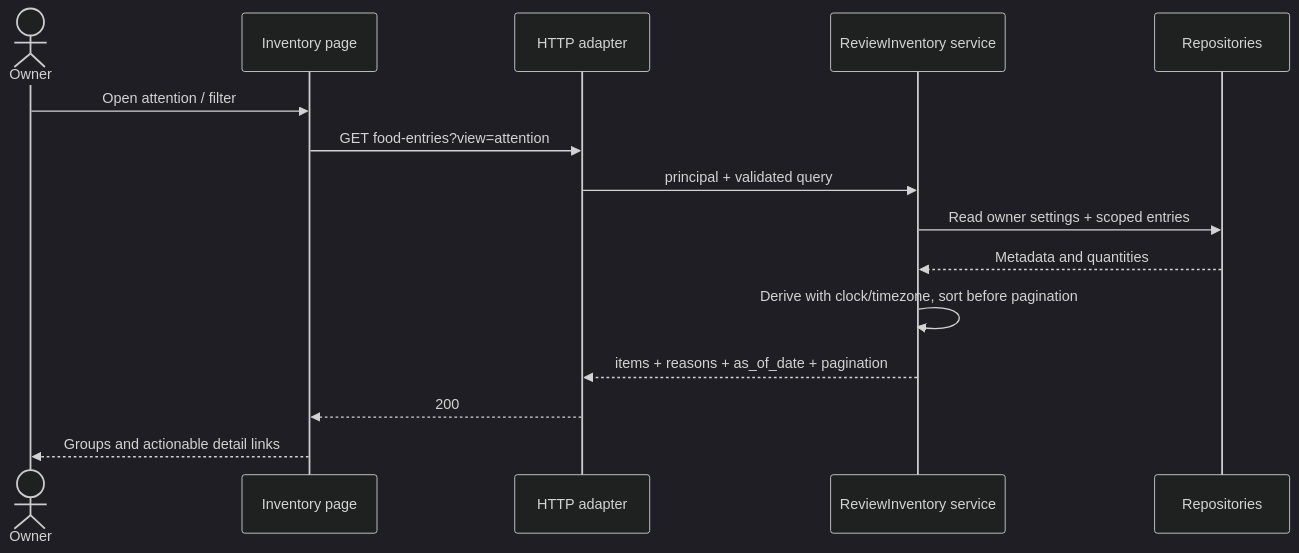
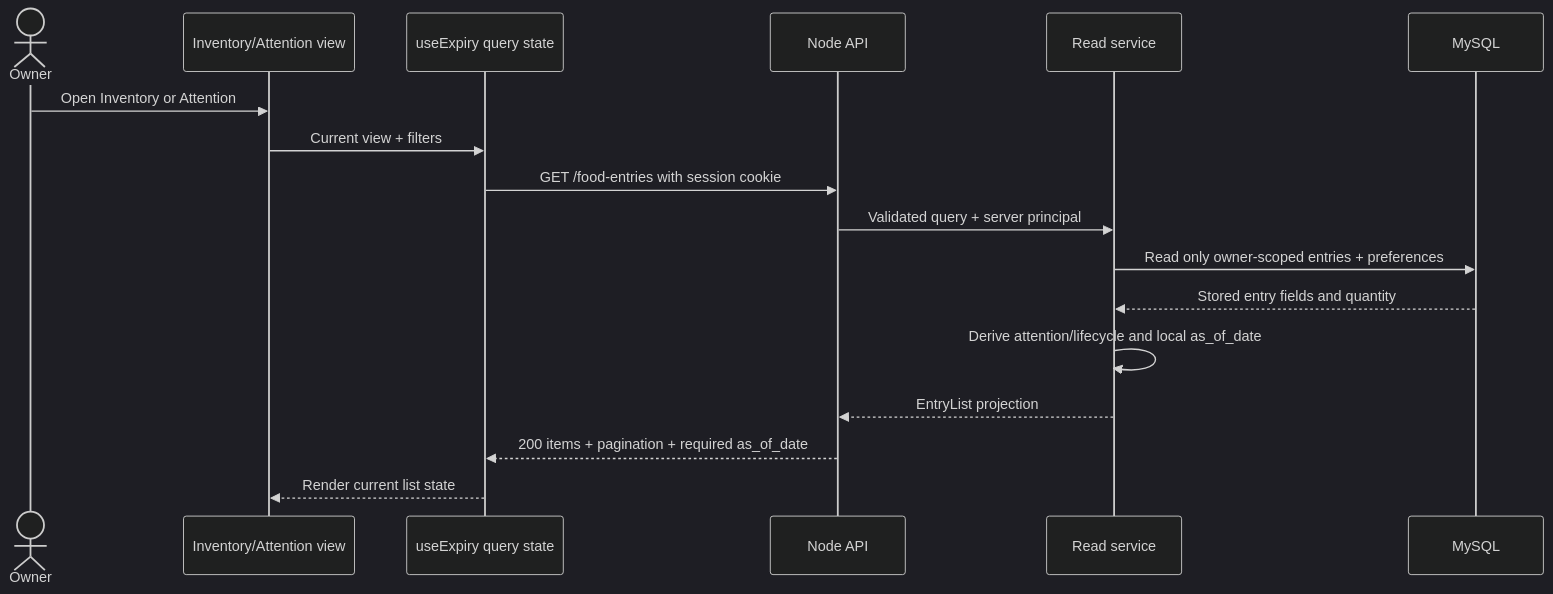
One commit to tducn011/expiry changed the third of 5 diagrams in docs/architecture/05-interaction-design/sequences.md. Above: the diagram before and after it, drawn with Mermaid (dark theme). The commit also changed other lines of this file and 150 other files, not shown here.

Commit message:
feat(schema): reconcile MySQL data model, forms UX, contracts, and architecture documentation

````diff
--- a/docs/architecture/05-interaction-design/sequences.md
+++ b/docs/architecture/05-interaction-design/sequences.md
@@ -45,17 +106,19 @@
 ```mermaid
 sequenceDiagram
- actor U as Owner
- participant UI as Inventory page
- participant API as HTTP adapter
- participant S as ReviewInventory service
- participant DB as Repositories
- U->>UI: Open attention / filter
- UI->>API: GET food-entries?view=attention
- API->>S: principal + validated query
- S->>DB: Read owner settings + scoped entries
- DB-->>S: Metadata and quantities
- S->>S: Derive with clock/timezone, sort before pagination
- S-->>API: items + reasons + as_of_date + pagination
- API-->>UI: 200
- UI-->>U: Groups and actionable detail links
+  actor U as Owner
+  participant List as Inventory/Attention view
+  participant Hook as useExpiry query state
+  participant API as Node API
+  participant Service as Read service
+  participant DB as MySQL
+  U->>List: Open Inventory or Attention
+  List->>Hook: Current view + filters
+  Hook->>API: GET /food-entries with session cookie
+  API->>Service: Validated query + server principal
+  Service->>DB: Read only owner-scoped entries + preferences
+  DB-->>Service: Stored entry fields and quantity
+  Service->>Service: Derive attention/lifecycle and local as_of_date
+  Service-->>API: EntryList projection
+  API-->>Hook: 200 items + pagination + required as_of_date
+  Hook-->>List: Render current list state
 ```
````
